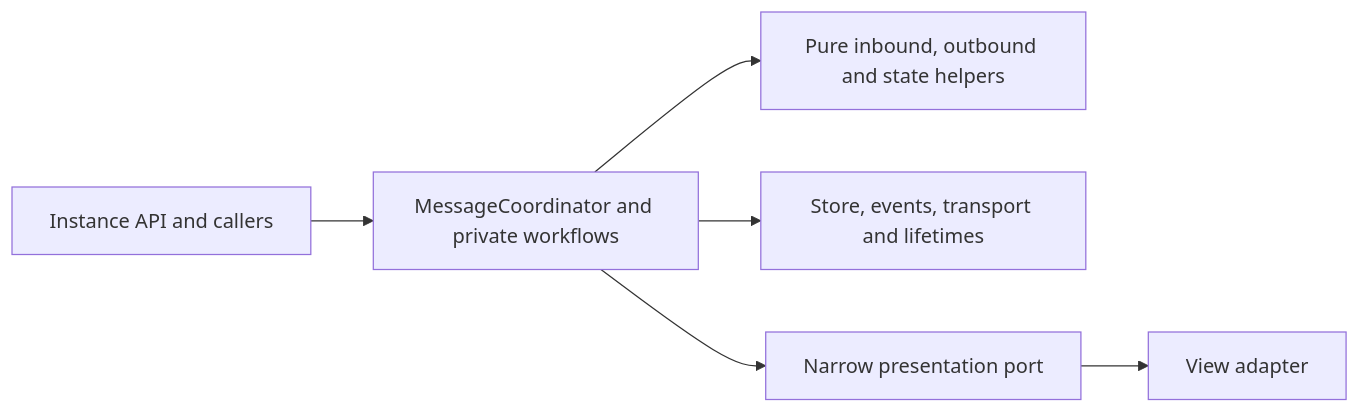
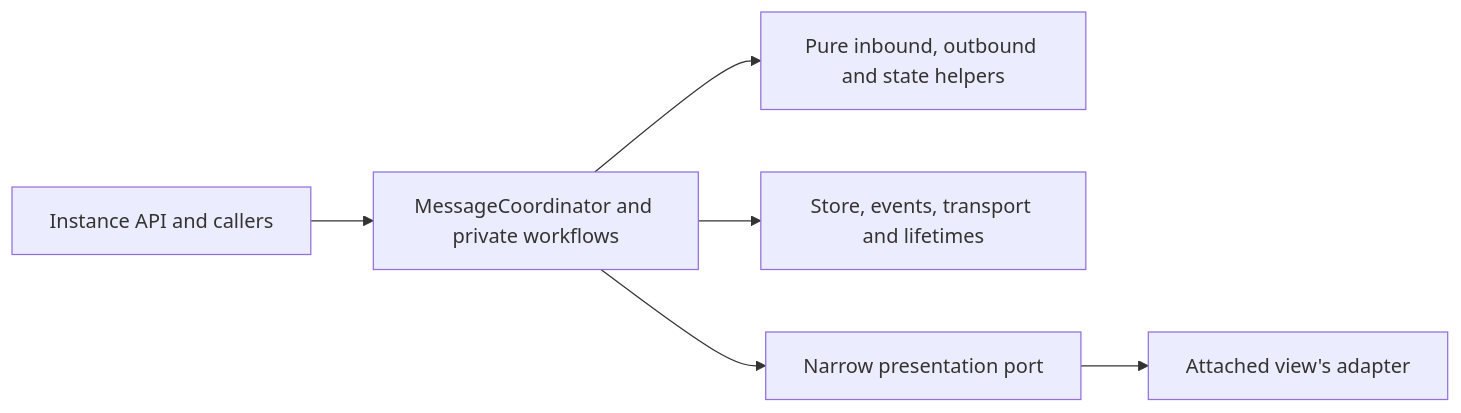
The diagram in packages/ai-chat/src/shared/services/messaging/AGENTS.md (carbon-design-system/carbon-ai-chat), drawn with Mermaid before and after one commit. The commit also changed other lines of this file and 27 other files, not shown here.

First line of the commit message:
feat: connect conversation code to the view through attached ports

````diff
--- a/packages/ai-chat/src/shared/services/messaging/AGENTS.md
+++ b/packages/ai-chat/src/shared/services/messaging/AGENTS.md
@@ -5,8 +5,8 @@
 ```mermaid
 flowchart LR
   API[Instance API and callers] --> C[MessageCoordinator and private workflows]
   C --> DATA[Pure inbound, outbound and state helpers]
   C --> EFFECTS[Store, events, transport and lifetimes]
   C --> PORT[Narrow presentation port]
-  PORT --> VIEW[View adapter]
+  PORT --> VIEW[Attached view's adapter]
 ```
````
